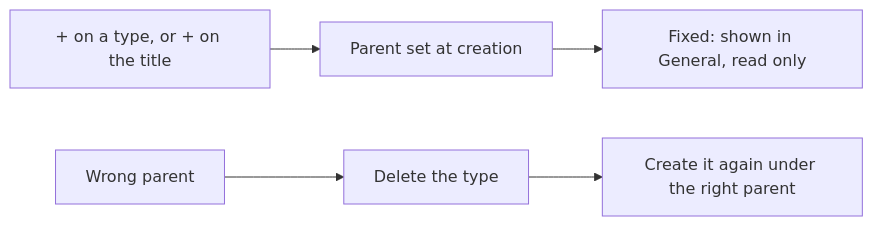
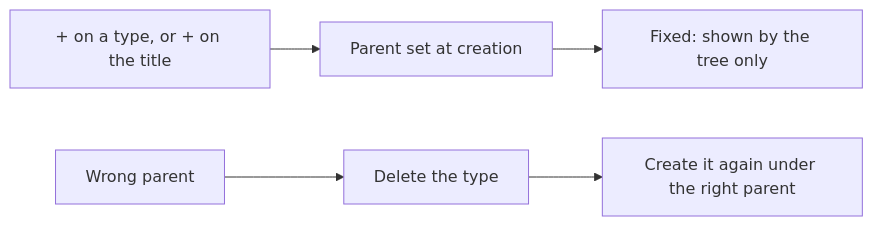
Before and after one commit to AlexandreGallais/synoptic-studio-spec: the sixth of 51 diagrams in metadata/draft.md, drawn with Mermaid. The commit also changed other lines of this file and 2 other files, not shown here.

First line of the commit message:
docs(metadata): drop the parent from general and fix swapped icon colours

````diff
--- a/metadata/draft.md
+++ b/metadata/draft.md
@@ -119,6 +119,6 @@
 ```mermaid
 flowchart LR
     C["+ on a type, or + on the title"] --> P["Parent set at creation"]
-    P --> F["Fixed: shown in General, read only"]
+    P --> F["Fixed: shown by the tree only"]
     W["Wrong parent"] --> D["Delete the type"] --> N["Create it again under the right parent"]
 ```
````
